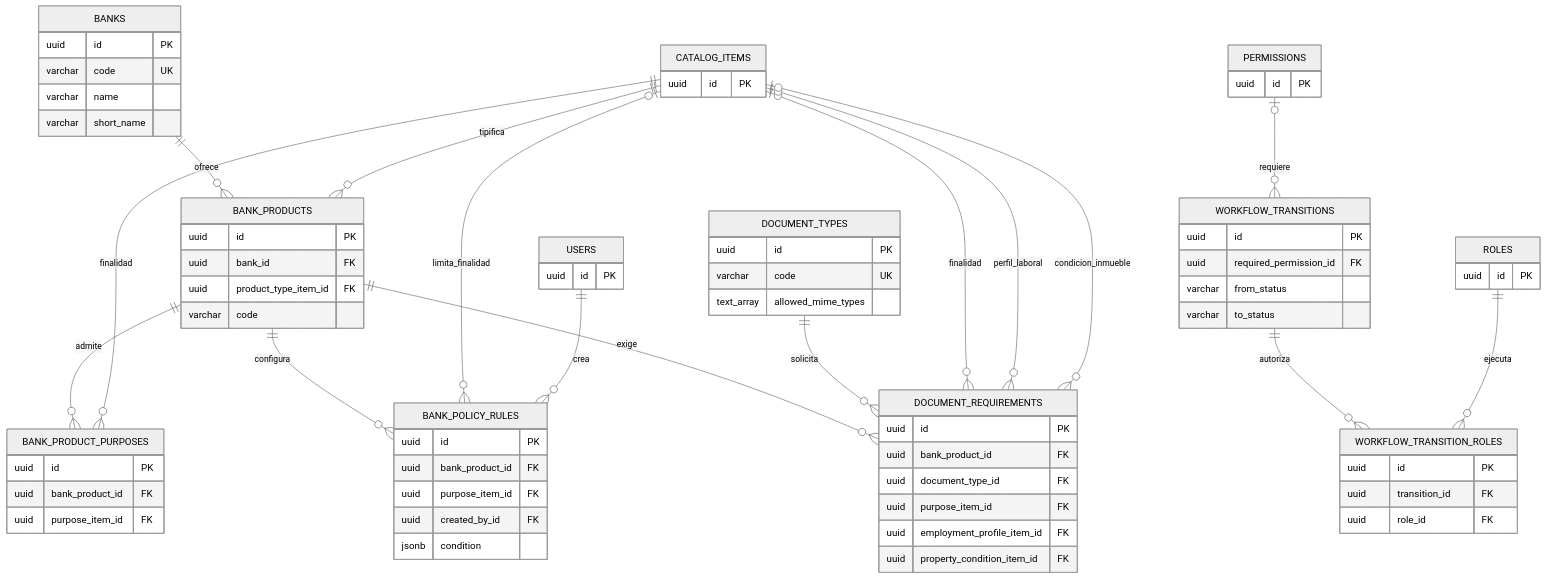
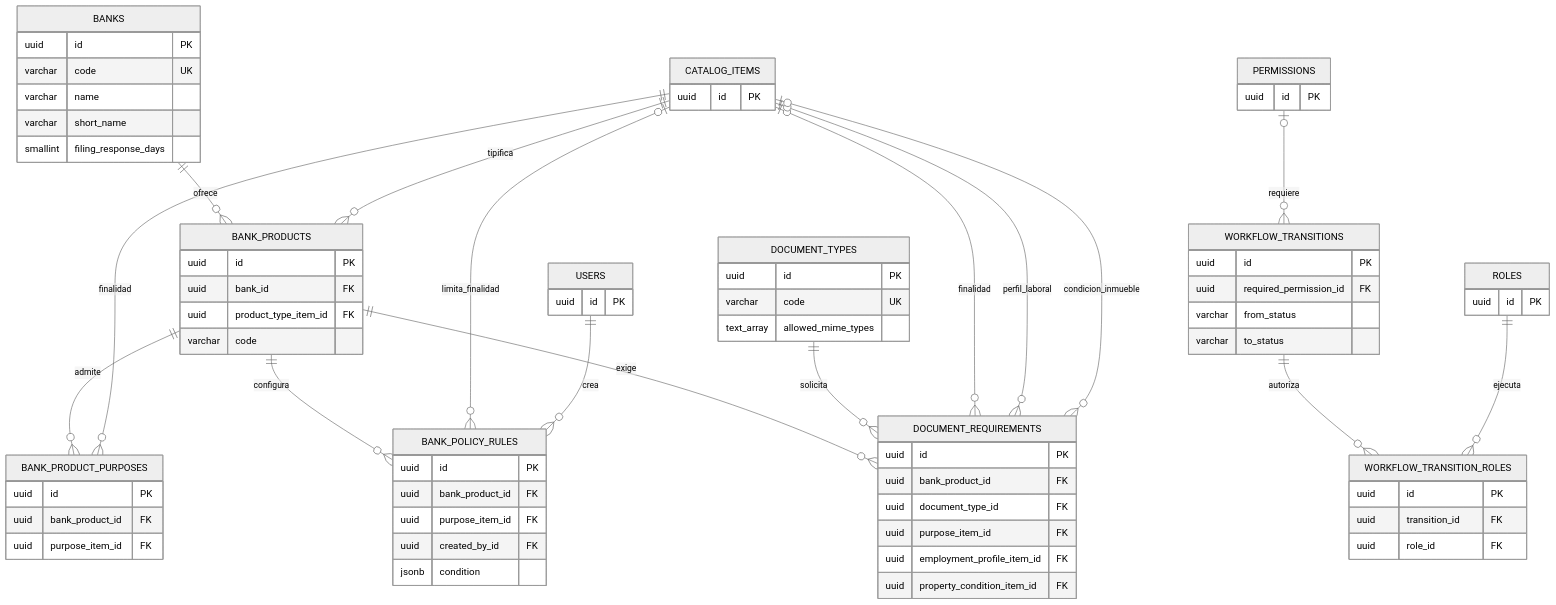
The fourth of 9 diagrams in docs/DER_COMPLETO_MVP_CREDITO.md (CarlosDev88/real-estate-credit-backoffice), drawn with Mermaid (neutral theme) before and after one commit. The commit also changed other lines of this file and 25 other files, not shown here.

````diff
--- a/docs/DER_COMPLETO_MVP_CREDITO.md
+++ b/docs/DER_COMPLETO_MVP_CREDITO.md
@@ -215,79 +215,80 @@
 ```mermaid
 erDiagram
     BANKS ||--o{ BANK_PRODUCTS : ofrece
     CATALOG_ITEMS ||--o{ BANK_PRODUCTS : tipifica
     BANK_PRODUCTS ||--o{ BANK_PRODUCT_PURPOSES : admite
     CATALOG_ITEMS ||--o{ BANK_PRODUCT_PURPOSES : finalidad
     BANK_PRODUCTS ||--o{ BANK_POLICY_RULES : configura
     CATALOG_ITEMS o|--o{ BANK_POLICY_RULES : limita_finalidad
     USERS ||--o{ BANK_POLICY_RULES : crea
     BANK_PRODUCTS ||--o{ DOCUMENT_REQUIREMENTS : exige
     DOCUMENT_TYPES ||--o{ DOCUMENT_REQUIREMENTS : solicita
     CATALOG_ITEMS o|--o{ DOCUMENT_REQUIREMENTS : finalidad
     CATALOG_ITEMS o|--o{ DOCUMENT_REQUIREMENTS : perfil_laboral
     CATALOG_ITEMS o|--o{ DOCUMENT_REQUIREMENTS : condicion_inmueble
     PERMISSIONS o|--o{ WORKFLOW_TRANSITIONS : requiere
     WORKFLOW_TRANSITIONS ||--o{ WORKFLOW_TRANSITION_ROLES : autoriza
     ROLES ||--o{ WORKFLOW_TRANSITION_ROLES : ejecuta
 
     BANKS {
         uuid id PK
         varchar code UK
         varchar name
         varchar short_name
+        smallint filing_response_days
     }
     BANK_PRODUCTS {
         uuid id PK
         uuid bank_id FK
         uuid product_type_item_id FK
         varchar code
     }
     BANK_PRODUCT_PURPOSES {
         uuid id PK
         uuid bank_product_id FK
         uuid purpose_item_id FK
     }
     BANK_POLICY_RULES {
         uuid id PK
         uuid bank_product_id FK
         uuid purpose_item_id FK
         uuid created_by_id FK
         jsonb condition
     }
     DOCUMENT_TYPES {
         uuid id PK
         varchar code UK
         text_array allowed_mime_types
     }
     DOCUMENT_REQUIREMENTS {
         uuid id PK
         uuid bank_product_id FK
         uuid document_type_id FK
         uuid purpose_item_id FK
         uuid employment_profile_item_id FK
         uuid property_condition_item_id FK
     }
     WORKFLOW_TRANSITIONS {
         uuid id PK
         uuid required_permission_id FK
         varchar from_status
         varchar to_status
     }
     WORKFLOW_TRANSITION_ROLES {
         uuid id PK
         uuid transition_id FK
         uuid role_id FK
     }
     CATALOG_ITEMS {
         uuid id PK
     }
     USERS {
         uuid id PK
     }
     ROLES {
         uuid id PK
     }
     PERMISSIONS {
         uuid id PK
     }
 ```
````
